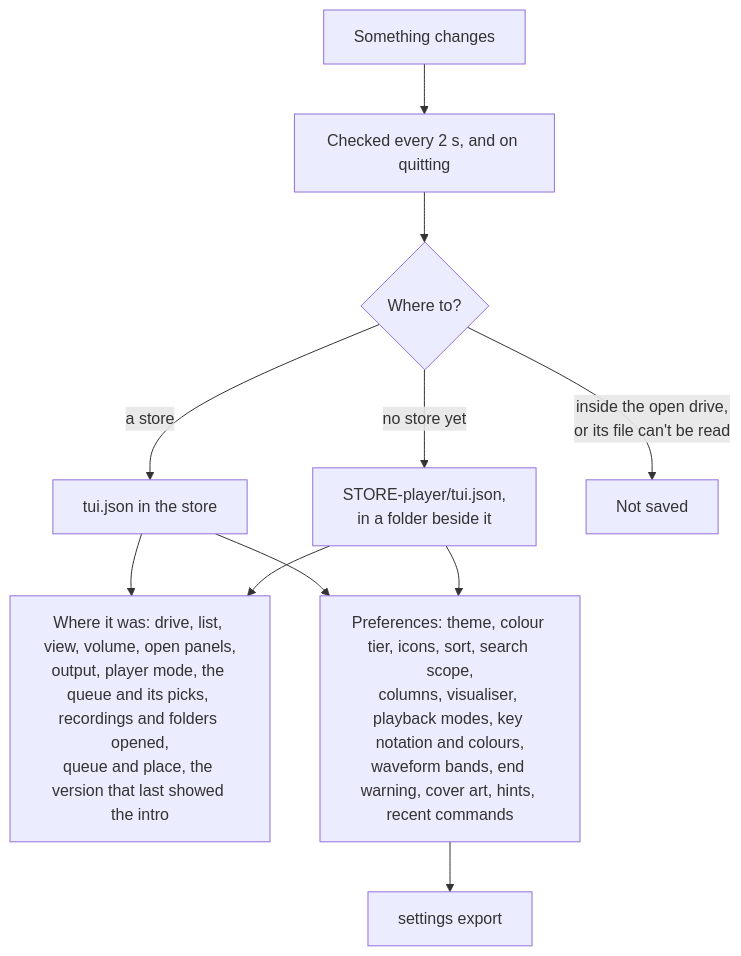
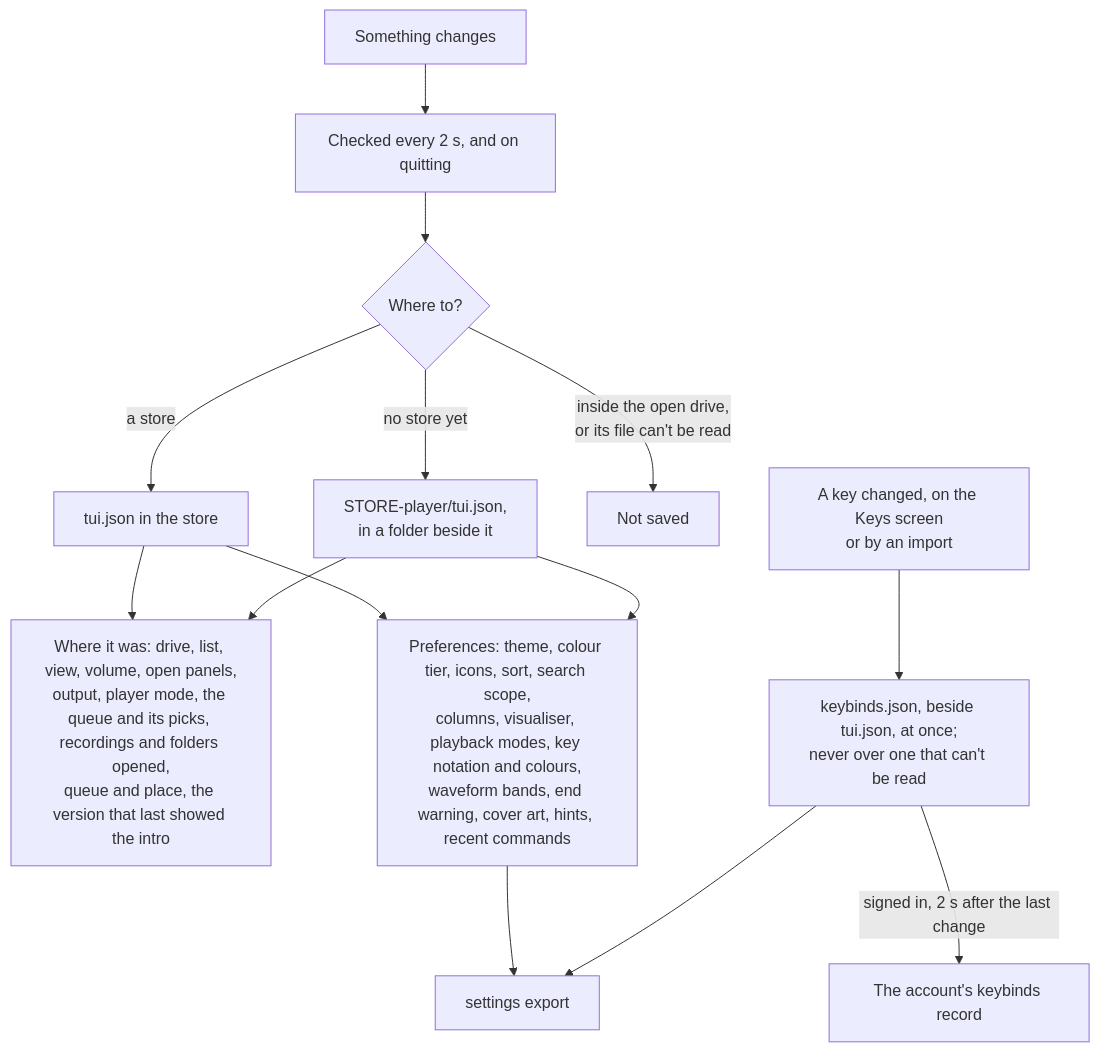
Diagram 21 of 21 in apps/locallibrary/docs/diagrams/player.md (cutenode/localnetwork), drawn with Mermaid before and after one commit. The commit also changed other lines of this file and 186 other files, not shown here.

````diff
--- a/apps/locallibrary/docs/diagrams/player.md
+++ b/apps/locallibrary/docs/diagrams/player.md
@@ -376,13 +473,16 @@
 ```mermaid
 flowchart TD
     change["Something changes"] --> check["Checked every 2 s, and on quitting"]
     check --> has{"Where to?"}
     has -->|"a store"| tui["tui.json in the store"]
     has -->|"no store yet"| beside["STORE-player/tui.json,<br/>in a folder beside it"]
     has -->|"inside the open drive,<br/>or its file can't be read"| none["Not saved"]
     tui --> where["Where it was: drive, list, view, volume, open panels,<br/>output, player mode, the queue and its picks, recordings and folders opened,<br/>queue and place, the version that last showed the intro"]
     beside --> where
     tui --> prefs["Preferences: theme, colour tier, icons, sort, search scope,<br/>columns, visualiser, playback modes, key notation and colours,<br/>waveform bands, end warning, cover art, hints, recent commands"]
     beside --> prefs
     prefs --> export["settings export"]
+    key["A key changed, on the Keys screen<br/>or by an import"] --> keybinds["keybinds.json, beside tui.json, at once;<br/>never over one that can't be read"]
+    keybinds --> export
+    keybinds -->|"signed in, 2 s after the last change"| record["The account's keybinds record"]
 ```
````
